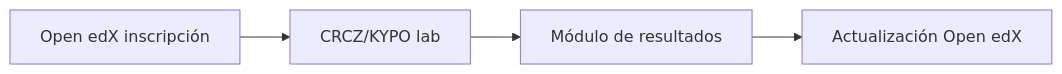
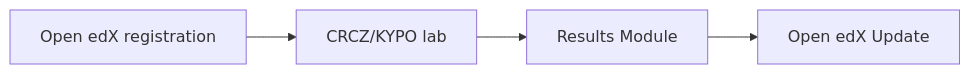
Before and after one commit to jmratwork/techanalysissecmanage-crcz-lm5v1b: the diagram in subcase_1b/README.md, drawn with Mermaid. The commit also changed 26 other files, not shown here.

````diff
--- a/subcase_1b/README.md
+++ b/subcase_1b/README.md
@@ -16,6 +16,6 @@
 ```mermaid
 flowchart LR
-    A[Open edX inscripción] --> B[CRCZ/KYPO lab]
-    B --> C[Módulo de resultados]
-    C --> D[Actualización Open edX]
+    A[Open edX registration] --> B[CRCZ/KYPO lab]
+    B --> C[Results Module]
+    C --> D[Open edX Update]
 ```
````
